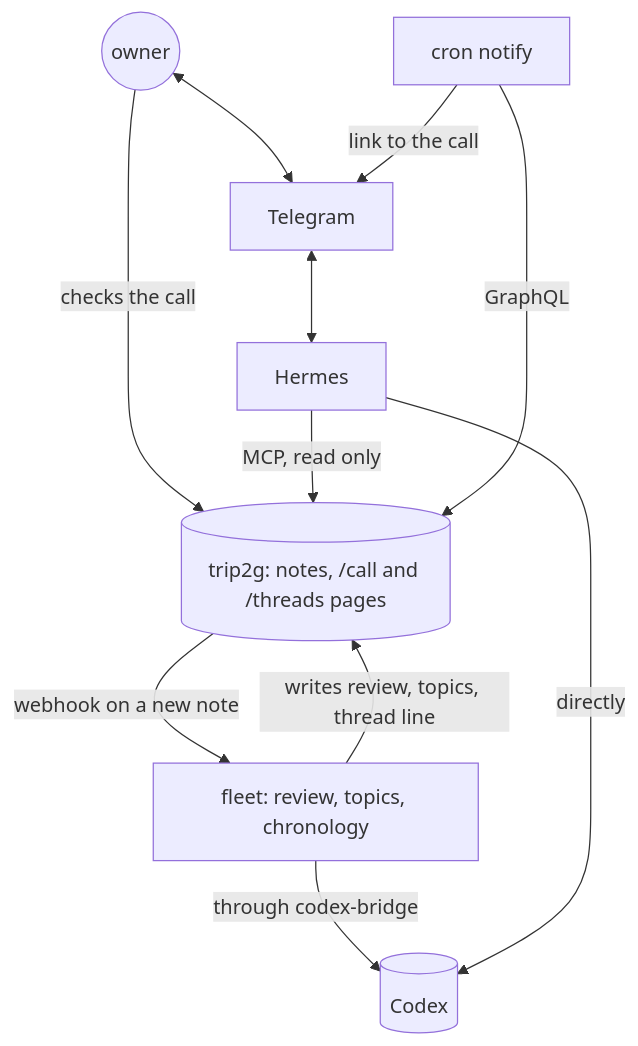
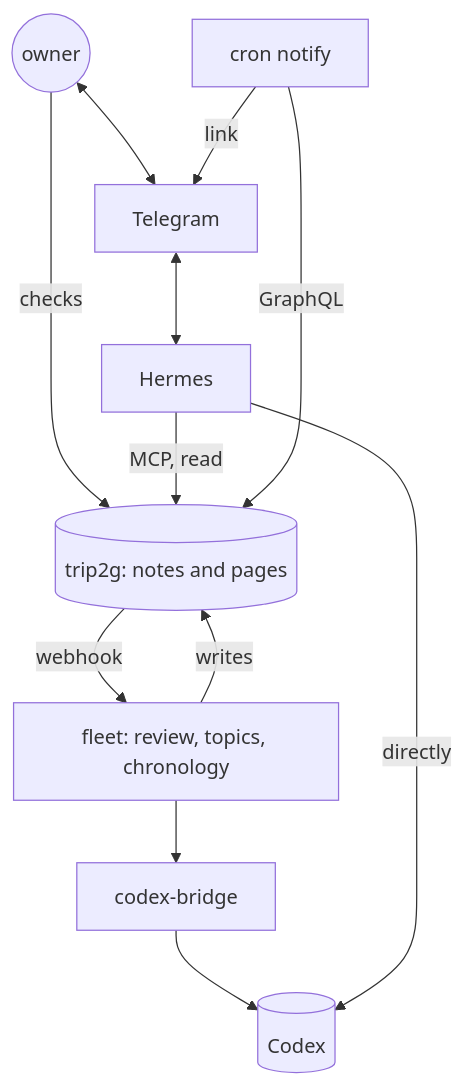
One commit to trip2g/trip2g changed the diagram in docs/en/user/calls-dashboard.md. Above: the diagram before and after it, drawn with Mermaid. The commit also changed 1 other file, not shown here.

Commit message:
docs(calls): stand diagram laid out for beautiful-mermaid, the engine the site uses

````diff
--- a/docs/en/user/calls-dashboard.md
+++ b/docs/en/user/calls-dashboard.md
@@ -26,20 +26,20 @@
 ```mermaid
 flowchart TD
   You((owner))
   TG[Telegram]
   HM[Hermes]
   N[cron notify]
-  V[(trip2g: notes, /call and /threads pages)]
+  V[(trip2g: notes and pages)]
   F[fleet: review, topics, chronology]
   X[(Codex)]
   You <--> TG
-  You -- checks the call --> V
+  N -- link --> TG
   TG <--> HM
-  HM -- MCP, read only --> V
+  You -- checks --> V
+  HM -- MCP, read --> V
   N -- GraphQL --> V
-  N -- link to the call --> TG
-  V -- webhook on a new note --> F
-  F -- writes review, topics, thread line --> V
-  F -- through codex-bridge --> X
+  V -- webhook --> F
+  F -- writes --> V
+  F --> B[codex-bridge] --> X
   HM -- directly --> X
 ```
````
